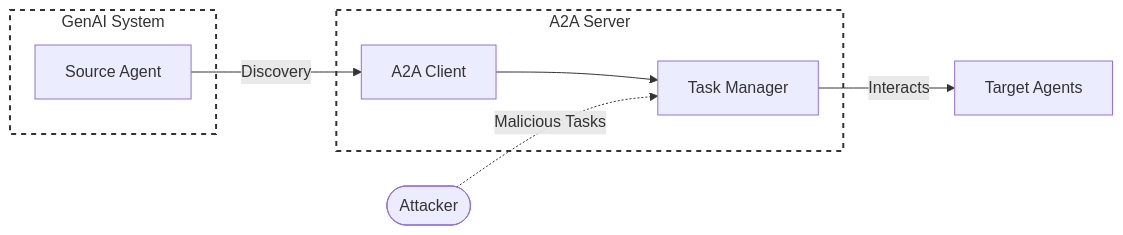
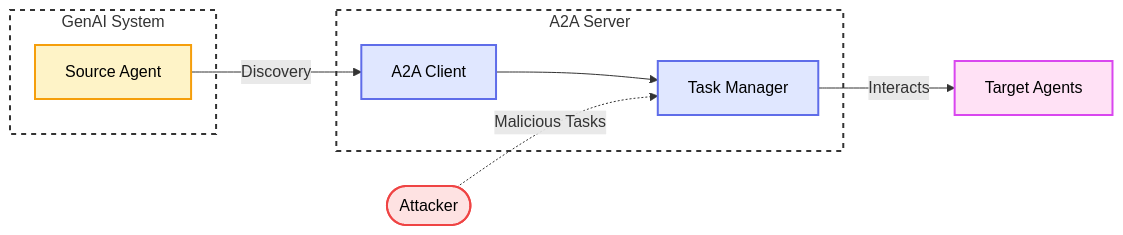
One commit to felipepenha/gurple changed diagram 11 of 12 in docs/attack_entry_points/index.md. Above: the diagram before and after it, drawn with Mermaid. The commit also changed other lines of this file and 1 other file, not shown here.

Commit message:
style(entry-points): standardize mermaid diagrams and font styling

````diff
--- a/docs/attack_entry_points/index.md
+++ b/docs/attack_entry_points/index.md
@@ -219,24 +302,32 @@
     ```mermaid
     graph LR
 
-        subgraph dashed_box_genai [GenAI System]
-            SourceAgent[Source Agent]
+        subgraph dashed_box_genai ["GenAI System"]
+            SourceAgent["Source Agent"]
         end
 
-        subgraph dashed_box_a2a [A2A Server]
-            Client[A2A Client]
-            TaskMng[Task Manager]
+        subgraph dashed_box_a2a ["A2A Server"]
+            Client["A2A Client"]
+            TaskMng["Task Manager"]
         end
 
-        SourceAgent --> |Discovery| Client
+        SourceAgent -->|"Discovery"| Client
         Client --> TaskMng
 
-        Attacker([Attacker]) -.-> |Malicious Tasks| TaskMng
+        Attacker(["Attacker"]) -.->|"Malicious Tasks"| TaskMng
 
+        TaskMng -->|"Interacts"| TargetAgents["Target Agents"]
 
-        TaskMng -->|Interacts| TargetAgents[Target Agents]
+        classDef red fill:#fee2e2,stroke:#ef4444,stroke-width:2px,color:#000;
+        classDef yellow fill:#fef3c7,stroke:#f59e0b,stroke-width:2px,color:#000;
+        classDef blue fill:#e0e7ff,stroke:#5f6de9,stroke-width:2px,color:#000;
+        classDef purple fill:#ffe1f5,stroke:#d946ef,stroke-width:2px,color:#000;
+
+        class Attacker red;
+        class SourceAgent yellow;
+        class Client,TaskMng blue;
+        class TargetAgents purple;
 
         style dashed_box_genai stroke-dasharray: 5 5, fill:none,stroke:#333,stroke-width:2px;
-
         style dashed_box_a2a stroke-dasharray: 5 5, fill:none,stroke:#333,stroke-width:2px;
     ```
````
